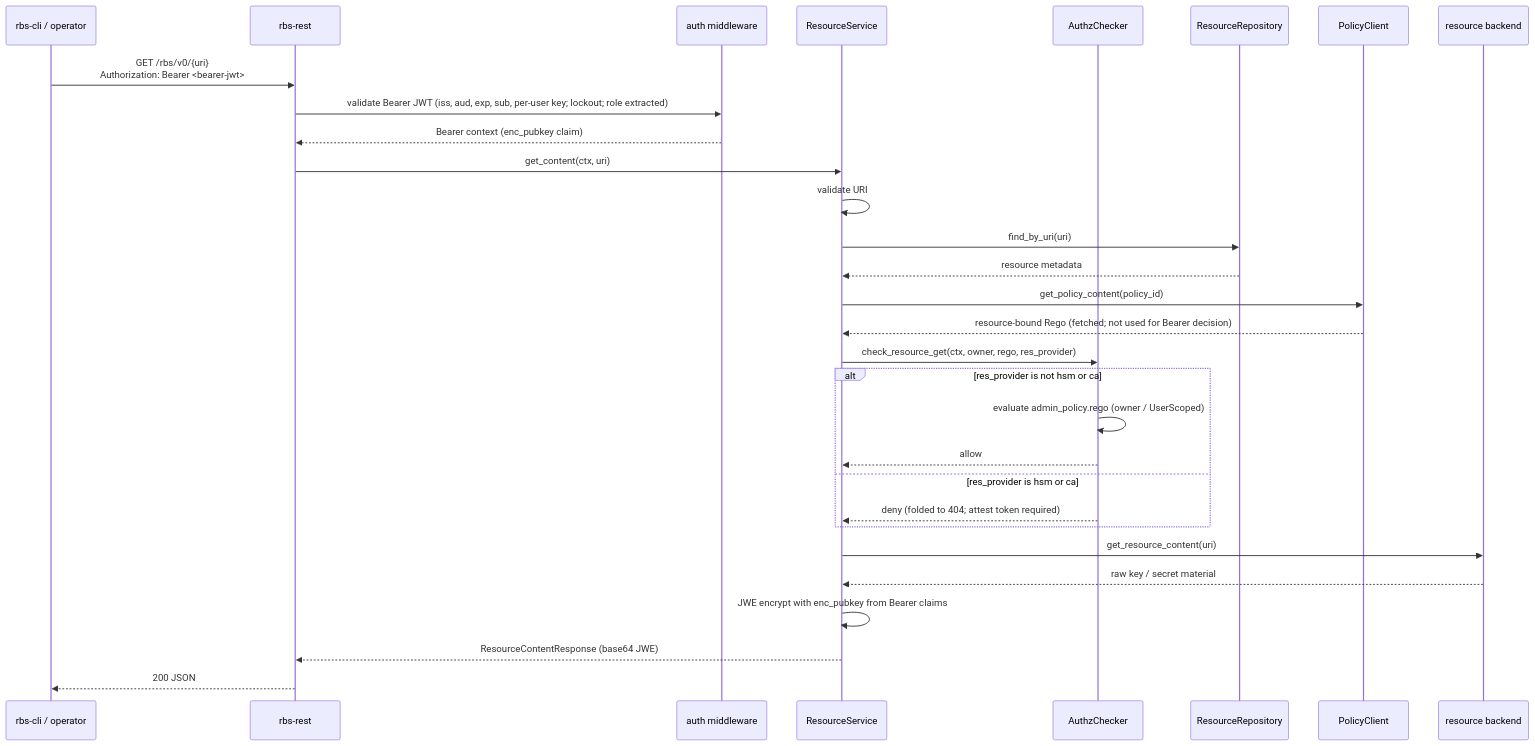
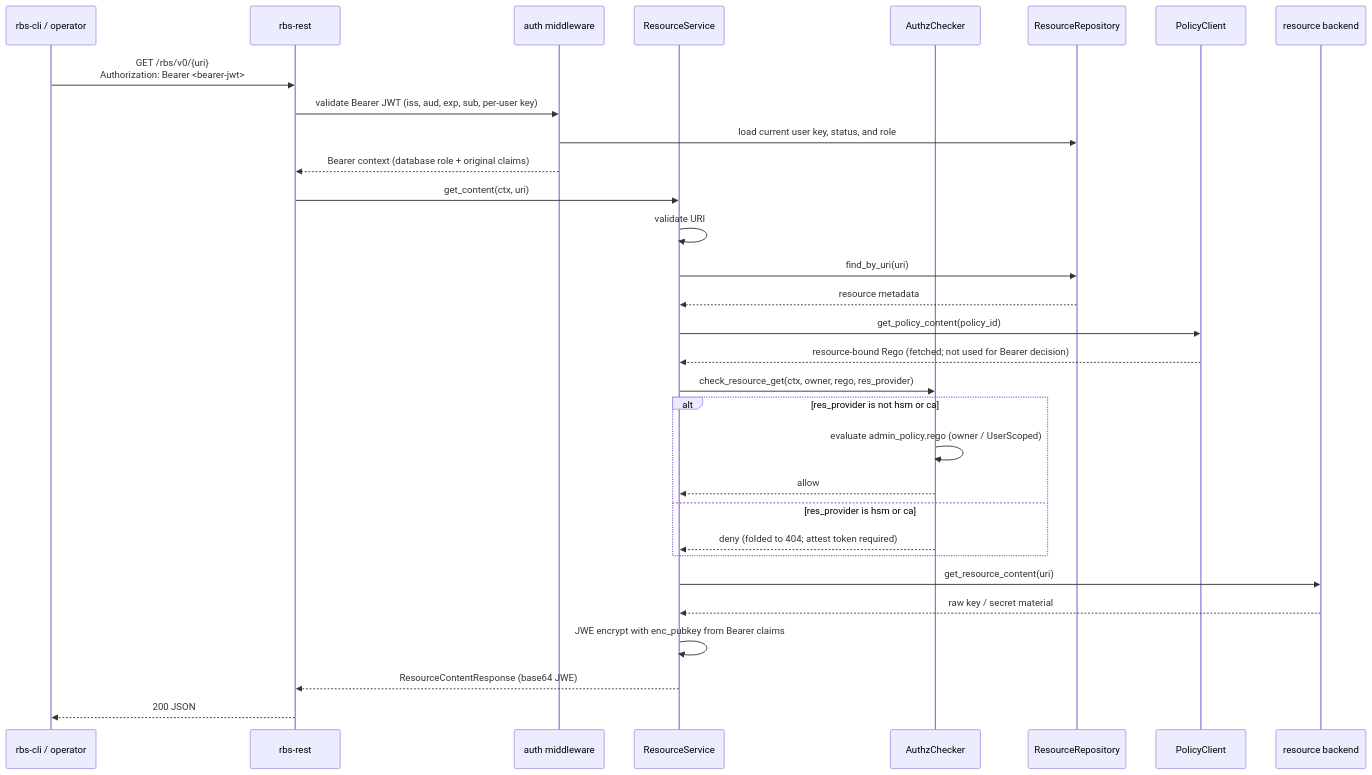
Before and after one commit to openeuler-mirror/globaltrustauthority-rbs: the eighth of 19 diagrams in docs/design/architecture.md, drawn with Mermaid. The commit also changed other lines of this file and 27 other files, not shown here.

First line of the commit message:
fix(auth): use stored user roles instead of JWT role claims

````diff
--- a/docs/design/architecture.md
+++ b/docs/design/architecture.md
@@ -371,33 +371,34 @@
 ```mermaid
 sequenceDiagram
     participant Client as rbs-cli / operator
     participant REST as rbs-rest
     participant Auth as auth middleware
     participant RS as ResourceService
     participant AuthZ as AuthzChecker
     participant DB as ResourceRepository
     participant PC as PolicyClient
     participant Backend as resource backend
 
     Client->>REST: GET /rbs/v0/{uri}<br/>Authorization: Bearer #60;bearer-jwt#62;
-    REST->>Auth: validate Bearer JWT (iss, aud, exp, sub, per-user key#59; lockout#59; role extracted)
-    Auth-->>REST: Bearer context (enc_pubkey claim)
+    REST->>Auth: validate Bearer JWT (iss, aud, exp, sub, per-user key)
+    Auth->>DB: load current user key, status, and role
+    Auth-->>REST: Bearer context (database role + original claims)
     REST->>RS: get_content(ctx, uri)
     RS->>RS: validate URI
     RS->>DB: find_by_uri(uri)
     DB-->>RS: resource metadata
     RS->>PC: get_policy_content(policy_id)
     PC-->>RS: resource-bound Rego (fetched#59; not used for Bearer decision)
     RS->>AuthZ: check_resource_get(ctx, owner, rego, res_provider)
     alt res_provider is not hsm or ca
         AuthZ->>AuthZ: evaluate admin_policy.rego (owner / UserScoped)
         AuthZ-->>RS: allow
     else res_provider is hsm or ca
         AuthZ-->>RS: deny (folded to 404#59; attest token required)
     end
     RS->>Backend: get_resource_content(uri)
     Backend-->>RS: raw key / secret material
     RS->>RS: JWE encrypt with enc_pubkey from Bearer claims
     RS-->>REST: ResourceContentResponse (base64 JWE)
     REST-->>Client: 200 JSON
 ```
````
